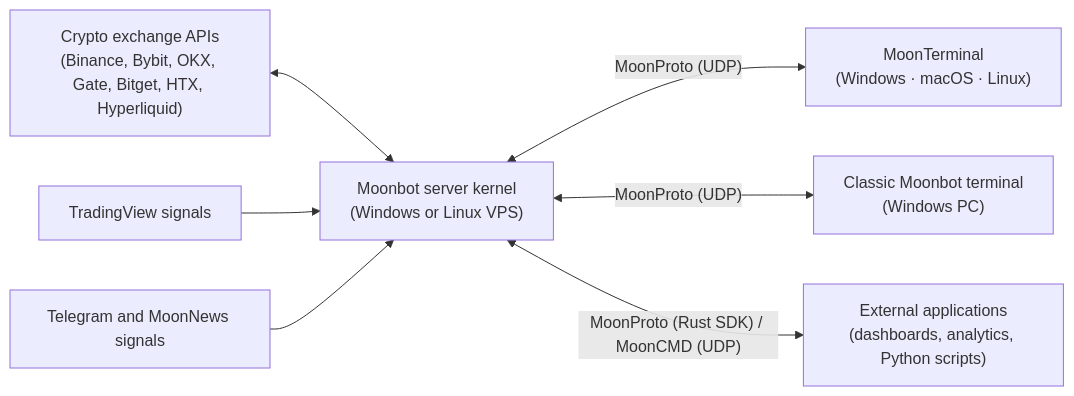
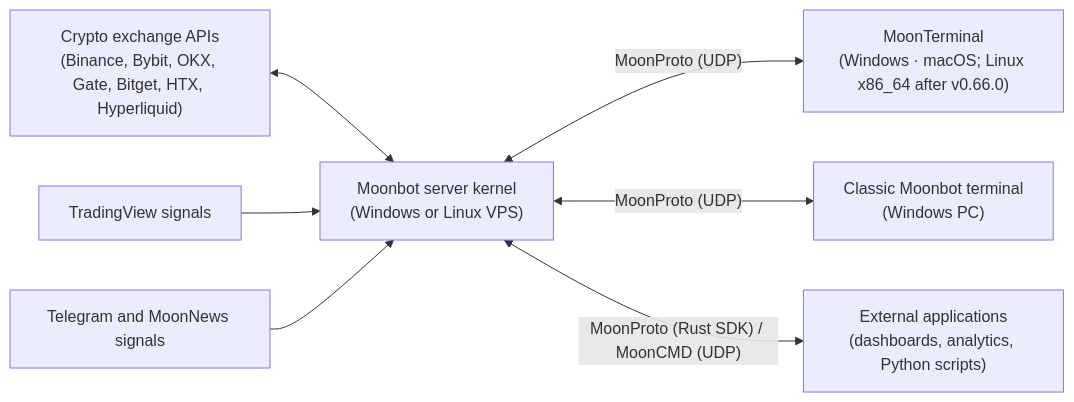
Before and after one commit to Moonbot-Tech/MoonDoc: the diagram in README.md, drawn with Mermaid. The commit also changed other lines of this file and 25 other files, not shown here.

First line of the commit message:
Clarify trading behavior and refresh MoonTerminal documentation

````diff
--- a/README.md
+++ b/README.md
@@ -204,9 +206,9 @@
 ```mermaid
 flowchart LR
   EX["Crypto exchange APIs<br/>(Binance, Bybit, OKX, Gate, Bitget, HTX, Hyperliquid)"] <--> K["Moonbot server kernel<br/>(Windows or Linux VPS)"]
   TV["TradingView signals"] --> K
   TG["Telegram and MoonNews signals"] --> K
-  K <-->|"MoonProto (UDP)"| MT["MoonTerminal<br/>(Windows · macOS · Linux)"]
+  K <-->|"MoonProto (UDP)"| MT["MoonTerminal<br/>(Windows · macOS; Linux x86_64 after v0.66.0)"]
   K <-->|"MoonProto (UDP)"| CL["Classic Moonbot terminal<br/>(Windows PC)"]
   K <-->|"MoonProto (Rust SDK) / MoonCMD (UDP)"| APP["External applications<br/>(dashboards, analytics, Python scripts)"]
 ```
````
